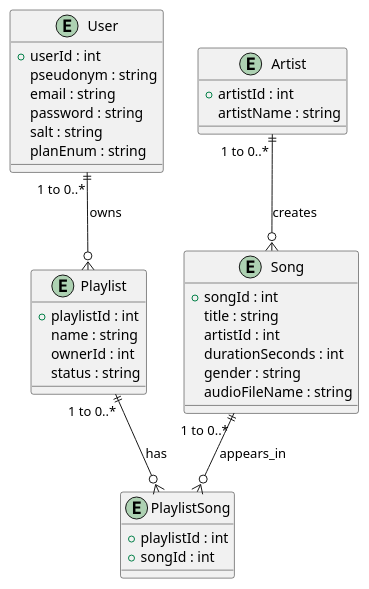
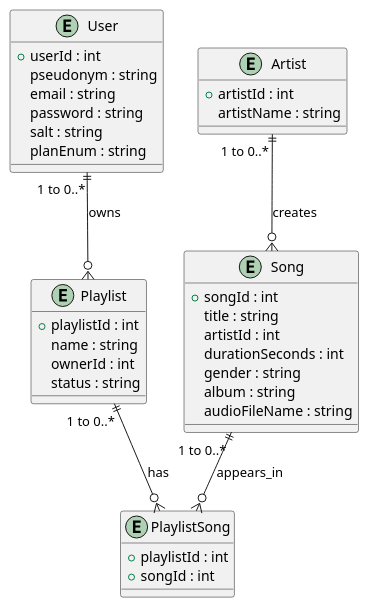
Before and after one commit to marionrossier/MiniSpotify: the diagram in Diagrams/designRelationnalDiagram.puml, drawn with PlantUML. The commit also changed 14 other files, not shown here.

```diff
--- a/Diagrams/designRelationnalDiagram.puml
+++ b/Diagrams/designRelationnalDiagram.puml
@@ -1,44 +1,45 @@
 @startuml
 
 entity User {
   +userId : int
   pseudonym : string
   email : string
   password : string
   salt : string
   planEnum : string
 }
 
 entity Playlist {
   +playlistId : int
   name : string
   ownerId : int
   status : string
 }
 
 entity Song {
   +songId : int
   title : string
   artistId : int
   durationSeconds : int
   gender : string
+  album : string
   audioFileName : string
 }
 
 entity Artist {
   +artistId : int
   artistName : string
 }
 
 entity PlaylistSong {
   +playlistId : int
   +songId : int
 }
 
 ' Relations with cardinalities and labels
 User ||--o{ Playlist : "1 to 0..*" owns
 Playlist ||--o{ PlaylistSong : "1 to 0..*" has
 Song ||--o{ PlaylistSong : "1 to 0..*" appears_in
 Artist ||--o{ Song : "1 to 0..*" creates
 
 @enduml
```
